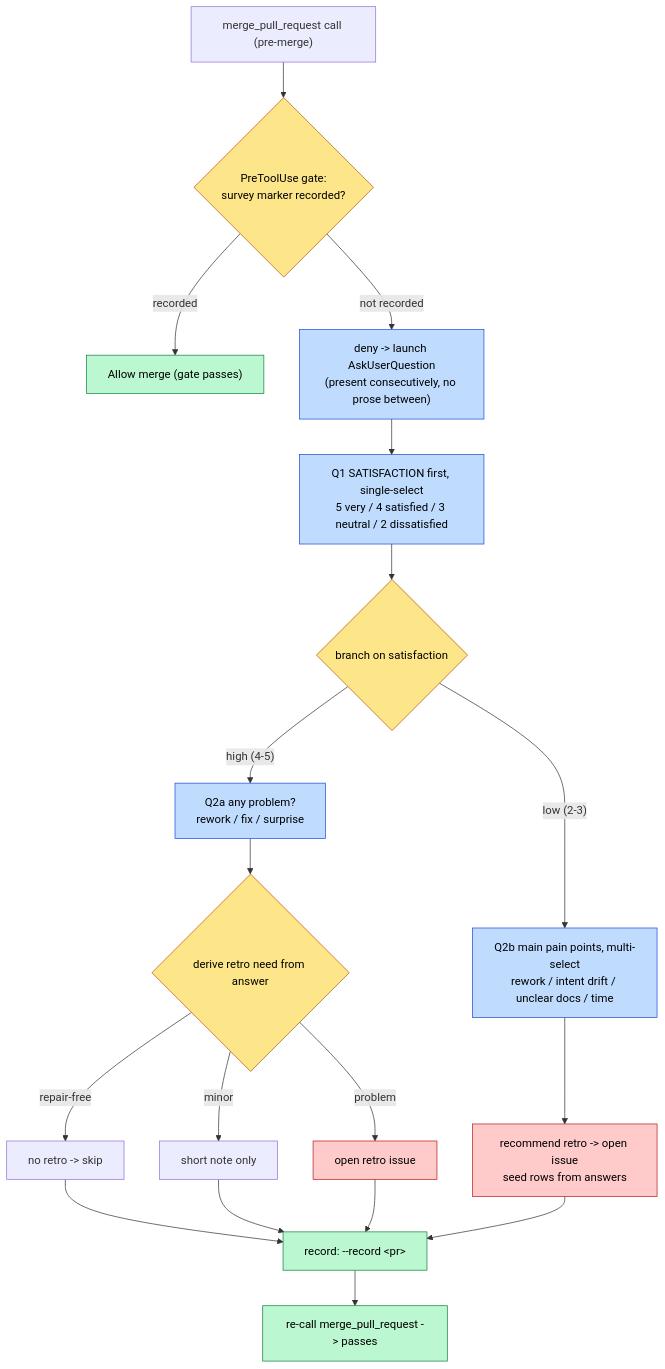
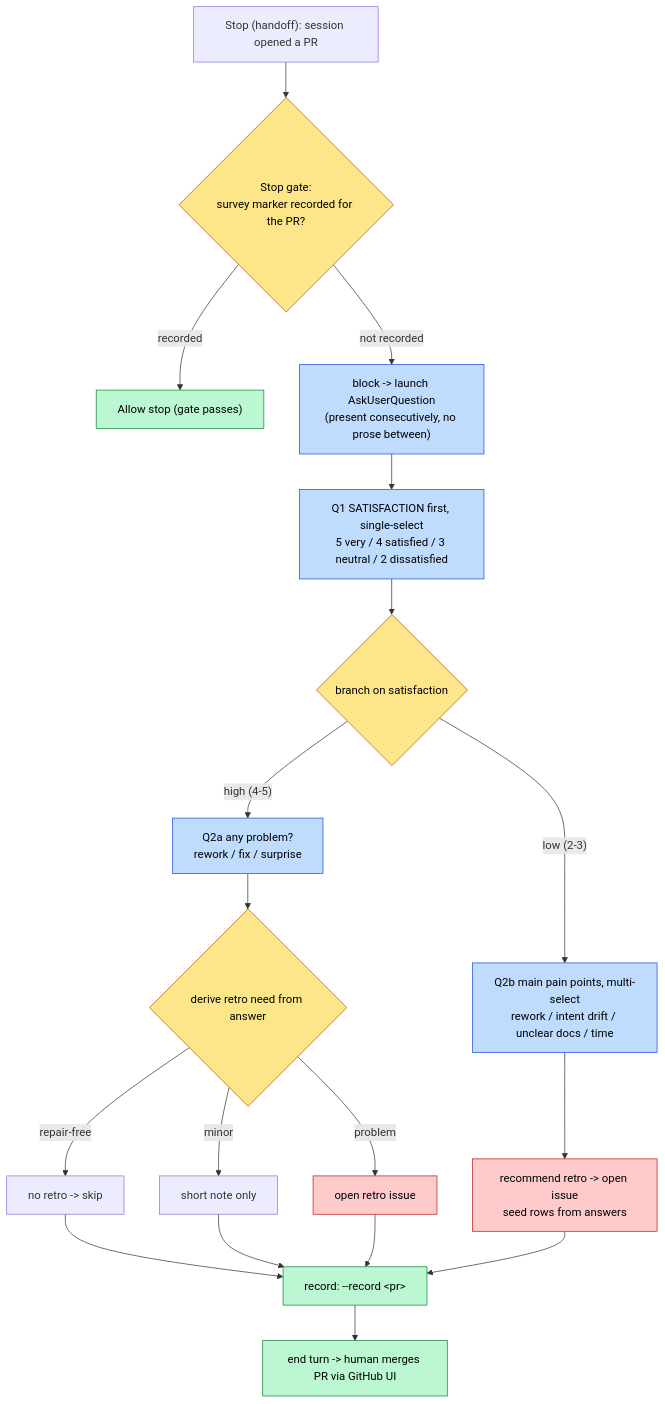
The diagram in docs/runbooks/pre-merge-retro-survey.md (tvna/claude-md), drawn with Mermaid before and after one commit. The commit also changed other lines of this file and 7 other files, not shown here.

First line of the commit message:
feat(retro): move pre-merge survey to handoff Stop hook (#1073)

````diff
--- a/docs/runbooks/pre-merge-retro-survey.md
+++ b/docs/runbooks/pre-merge-retro-survey.md
@@ -22,33 +29,33 @@
 ```mermaid
 flowchart TD
-    A["merge_pull_request call (pre-merge)"] --> B{"PreToolUse gate:<br/>survey marker recorded?"}
-    B -- "recorded" --> Z["Allow merge (gate passes)"]
-    B -- "not recorded" --> D["deny -> launch AskUserQuestion<br/>(present consecutively, no prose between)"]
+    A["Stop (handoff): session opened a PR"] --> B{"Stop gate:<br/>survey marker recorded for the PR?"}
+    B -- "recorded" --> Z["Allow stop (gate passes)"]
+    B -- "not recorded" --> D["block -> launch AskUserQuestion<br/>(present consecutively, no prose between)"]
 
     D --> Q1["Q1 SATISFACTION first, single-select<br/>5 very / 4 satisfied / 3 neutral / 2 dissatisfied"]
     Q1 --> SW{"branch on satisfaction"}
 
     SW -- "high (4-5)" --> Q2a["Q2a any problem?<br/>rework / fix / surprise"]
     Q2a --> P1{"derive retro need from answer"}
     P1 -- "repair-free" --> R1["no retro -> skip"]
     P1 -- "minor" --> R2["short note only"]
     P1 -- "problem" --> R3["open retro issue"]
 
     SW -- "low (2-3)" --> Q2b["Q2b main pain points, multi-select<br/>rework / intent drift / unclear docs / time"]
     Q2b --> R4["recommend retro -> open issue<br/>seed rows from answers"]
 
     R1 --> REC["record: --record &lt;pr&gt;"]
     R2 --> REC
     R3 --> REC
     R4 --> REC
-    REC --> M["re-call merge_pull_request -> passes"]
+    REC --> M["end turn -> human merges PR via GitHub UI"]
 
     classDef gate fill:#fde68a,stroke:#b45309,color:#000;
     classDef ask fill:#bfdbfe,stroke:#1d4ed8,color:#000;
     classDef retro fill:#fecaca,stroke:#b91c1c,color:#000;
     classDef done fill:#bbf7d0,stroke:#15803d,color:#000;
     class B,SW,P1 gate;
     class Q1,Q2a,Q2b,D ask;
     class R3,R4 retro;
     class Z,M,REC done;
 ```
````
